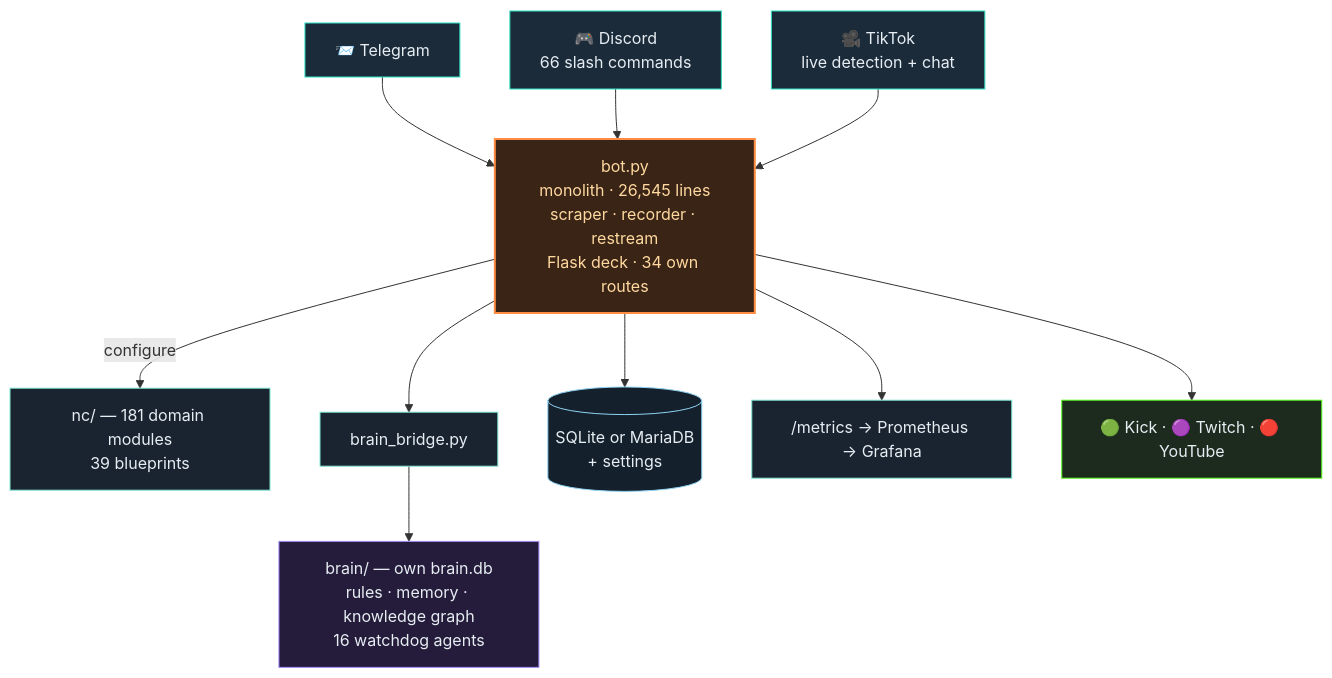
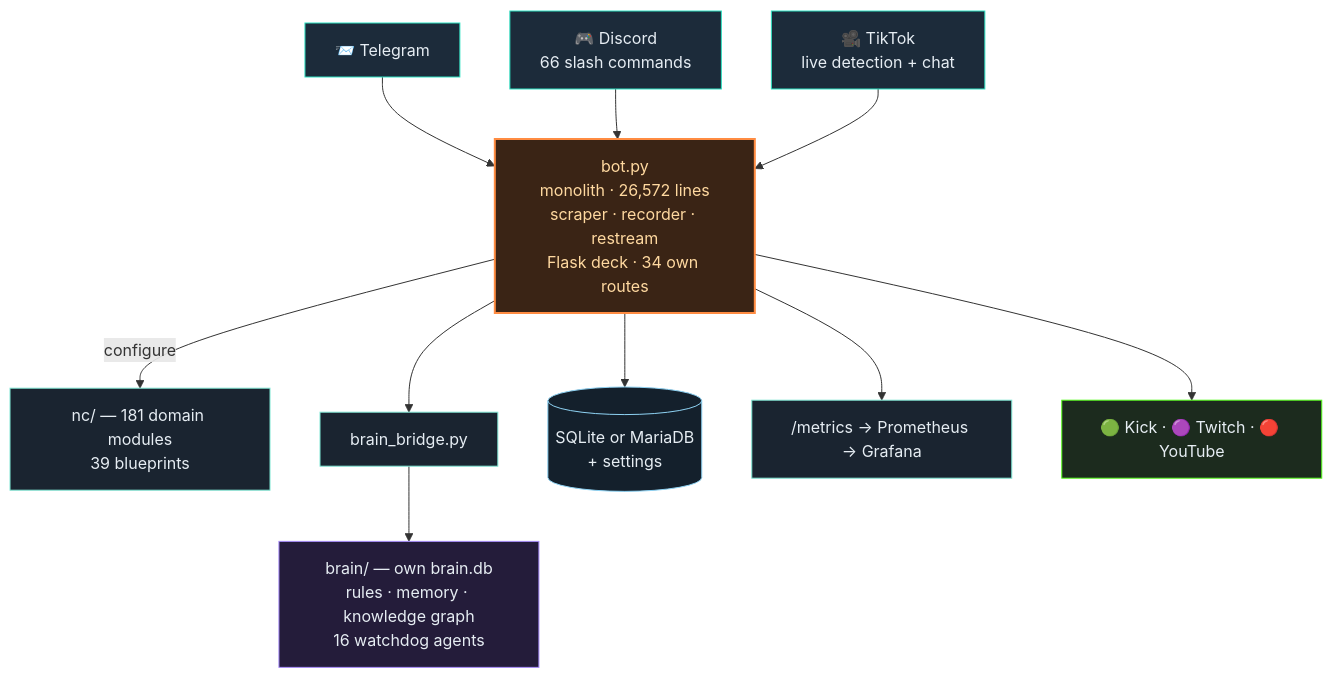
One commit to itsamemedev/Telegram-Stream-Info-Bot changed the second of 3 diagrams in README.en.md. Above: the diagram before and after it, drawn with Mermaid. The commit also changed other lines of this file and 7 other files, not shown here.

````diff
--- a/README.en.md
+++ b/README.en.md
@@ -119,19 +119,19 @@
 ```mermaid
 flowchart TB
     TG["📨 Telegram"]:::ein --> BOT
     DC["🎮 Discord<br/>66 slash commands"]:::ein --> BOT
     TT["🎥 TikTok<br/>live detection + chat"]:::ein --> BOT
-    BOT["bot.py<br/>monolith · 26,545 lines<br/>scraper · recorder · restream<br/>Flask deck · 34 own routes"]:::core
+    BOT["bot.py<br/>monolith · 26,572 lines<br/>scraper · recorder · restream<br/>Flask deck · 34 own routes"]:::core
     BOT -->|configure| NC["nc/ — 181 domain modules<br/>39 blueprints"]:::lib
     BOT --> BR["brain_bridge.py"]:::lib
     BR --> BRAIN["brain/ — own brain.db<br/>rules · memory · knowledge graph<br/>16 watchdog agents"]:::brain
     BOT --> DB[("SQLite or MariaDB<br/>+ settings")]:::db
     BOT --> PROM["/metrics → Prometheus → Grafana"]:::lib
     BOT --> OUT["🟢 Kick · 🟣 Twitch · 🔴 YouTube"]:::out
     classDef ein fill:#1c2b3a,stroke:#2de1c2,color:#e6edf3
     classDef core fill:#3a2415,stroke:#ff8c42,stroke-width:2px,color:#ffd9a0
     classDef lib fill:#1a2430,stroke:#7fe7d4,color:#e6edf3
     classDef brain fill:#241c3a,stroke:#a78bfa,color:#e6edf3
     classDef db fill:#14202c,stroke:#8fd3f4,color:#e6edf3
     classDef out fill:#1c2b1e,stroke:#53fc18,color:#e6edf3
 ```
````
